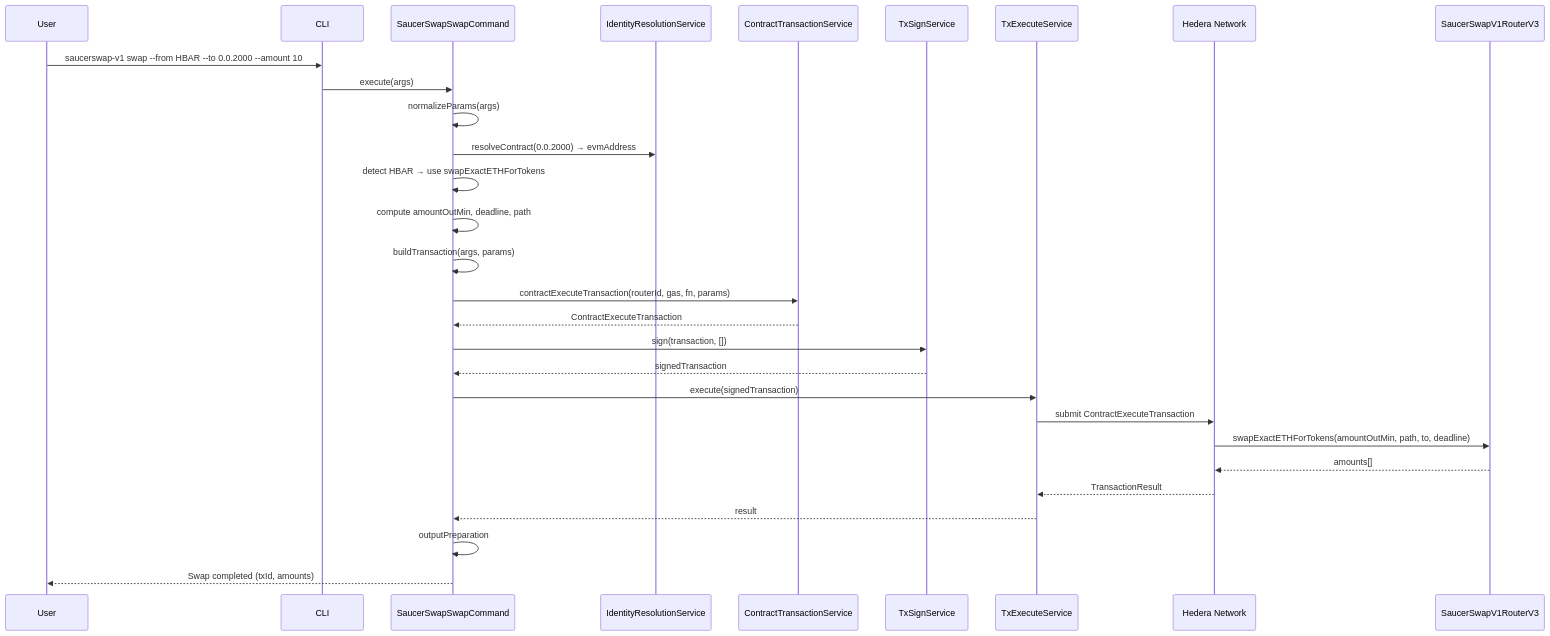
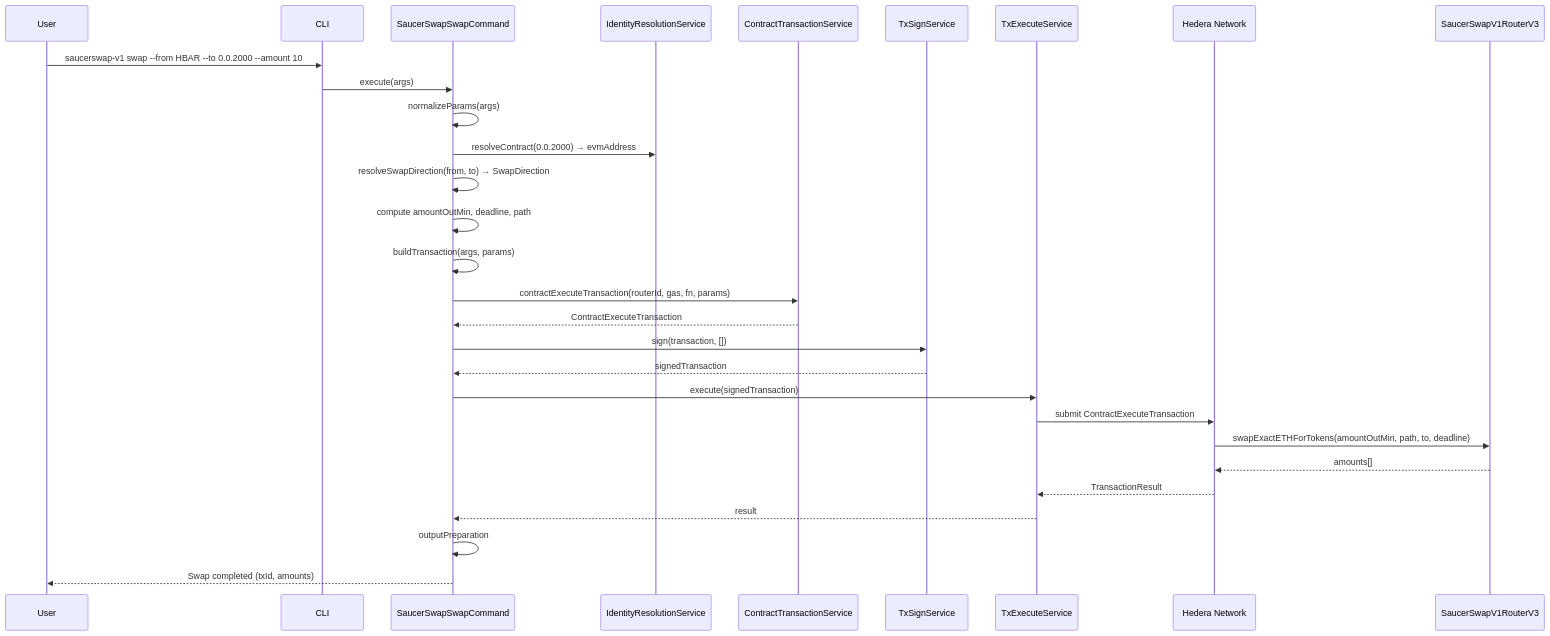
One commit to hiero-ledger/hiero-cli changed the first of 2 diagrams in docs/adr/ADR-013-saucerswap-v1-dex-plugin.md. Above: the diagram before and after it, drawn with Mermaid. The commit also changed other lines of this file, not shown here.

````diff
--- a/docs/adr/ADR-013-saucerswap-v1-dex-plugin.md
+++ b/docs/adr/ADR-013-saucerswap-v1-dex-plugin.md
@@ -512,36 +550,36 @@
 ```mermaid
 sequenceDiagram
     participant User
     participant CLI
     participant SwapCmd as SaucerSwapSwapCommand
     participant IdRes as IdentityResolutionService
     participant ContractSvc as ContractTransactionService
     participant TxSign as TxSignService
     participant TxExec as TxExecuteService
     participant Network as Hedera Network
     participant Router as SaucerSwapV1RouterV3
 
     User->>CLI: saucerswap-v1 swap --from HBAR --to 0.0.2000 --amount 10
     CLI->>SwapCmd: execute(args)
     SwapCmd->>SwapCmd: normalizeParams(args)
     SwapCmd->>IdRes: resolveContract(0.0.2000) → evmAddress
-    SwapCmd->>SwapCmd: detect HBAR → use swapExactETHForTokens
+    SwapCmd->>SwapCmd: resolveSwapDirection(from, to) → SwapDirection
     SwapCmd->>SwapCmd: compute amountOutMin, deadline, path
 
     SwapCmd->>SwapCmd: buildTransaction(args, params)
     SwapCmd->>ContractSvc: contractExecuteTransaction(routerId, gas, fn, params)
     ContractSvc-->>SwapCmd: ContractExecuteTransaction
 
     SwapCmd->>TxSign: sign(transaction, [])
     TxSign-->>SwapCmd: signedTransaction
 
     SwapCmd->>TxExec: execute(signedTransaction)
     TxExec->>Network: submit ContractExecuteTransaction
     Network->>Router: swapExactETHForTokens(amountOutMin, path, to, deadline)
     Router-->>Network: amounts[]
     Network-->>TxExec: TransactionResult
     TxExec-->>SwapCmd: result
 
     SwapCmd->>SwapCmd: outputPreparation
     SwapCmd-->>User: Swap completed (txId, amounts)
 ```
````
